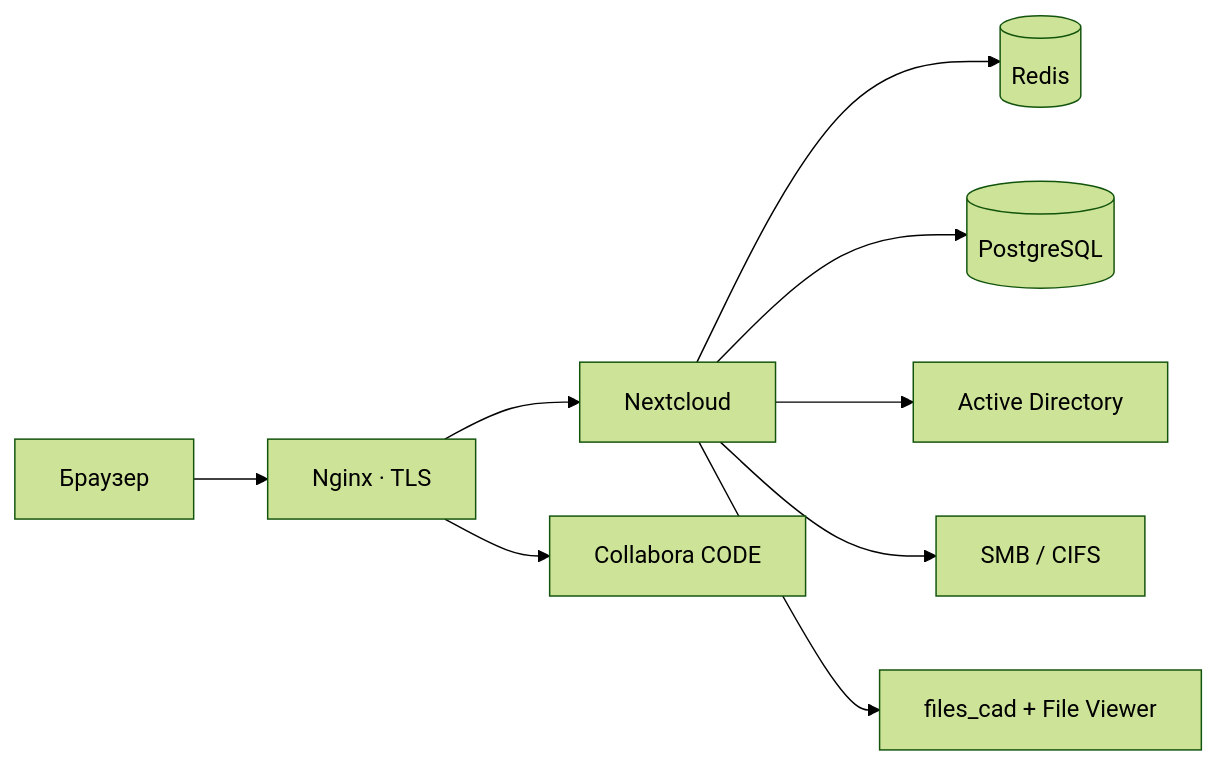
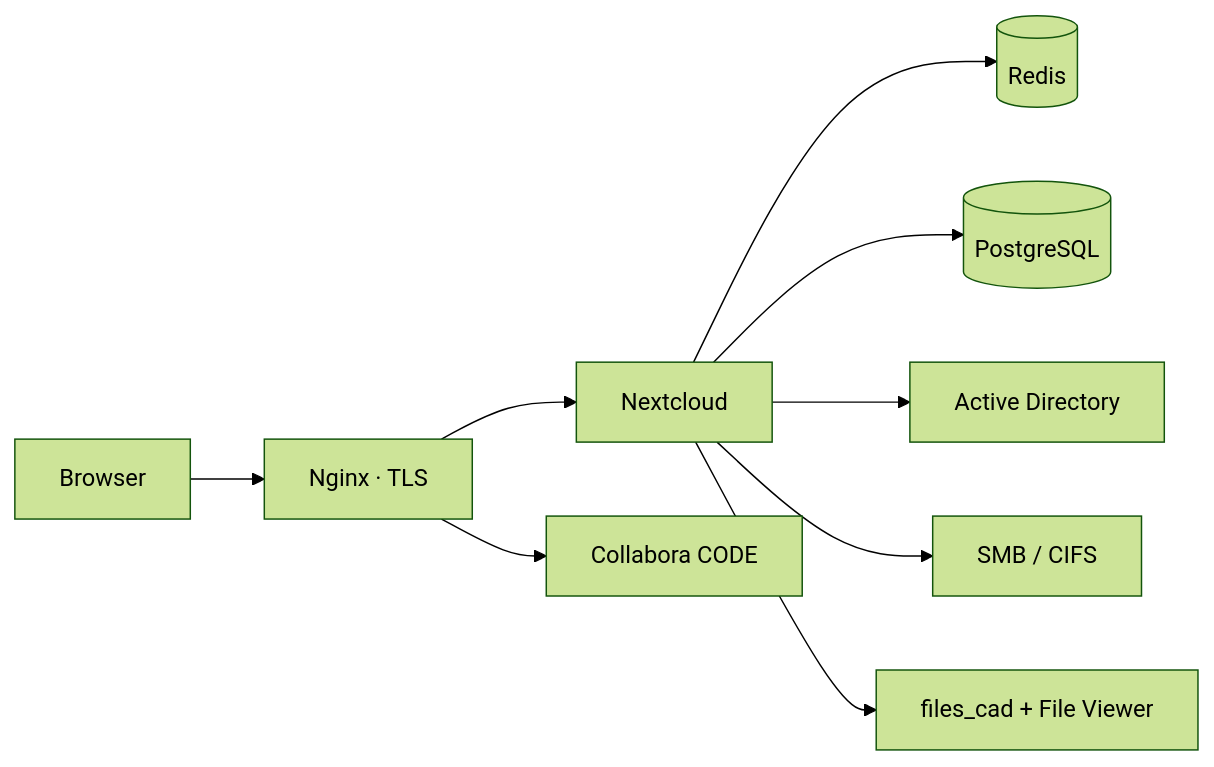
One commit to iSmartyPRO/docker-nextcloud changed the diagram in README.md. Above: the diagram before and after it, drawn with Mermaid (forest theme). The commit also changed other lines of this file and 25 other files, not shown here.

````diff
--- a/README.md
+++ b/README.md
@@ -37,13 +37,13 @@
 ```mermaid
 flowchart LR
-  U[Браузер] --> NGX[Nginx · TLS]
+  U[Browser] --> NGX[Nginx · TLS]
 
   NGX --> NC[Nextcloud]
   NGX --> CO[Collabora CODE]
 
   NC --> RD[(Redis)]
   NC --> PG[(PostgreSQL)]
   NC --> AD[Active Directory]
   NC --> SMB[SMB / CIFS]
   NC --> CAD[files_cad + File Viewer]
 ```
````
